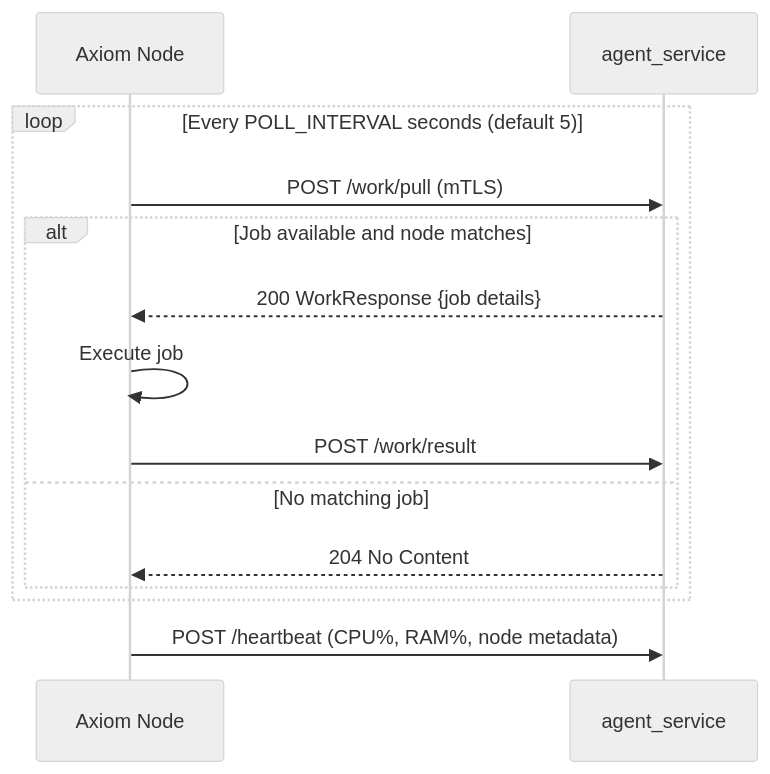
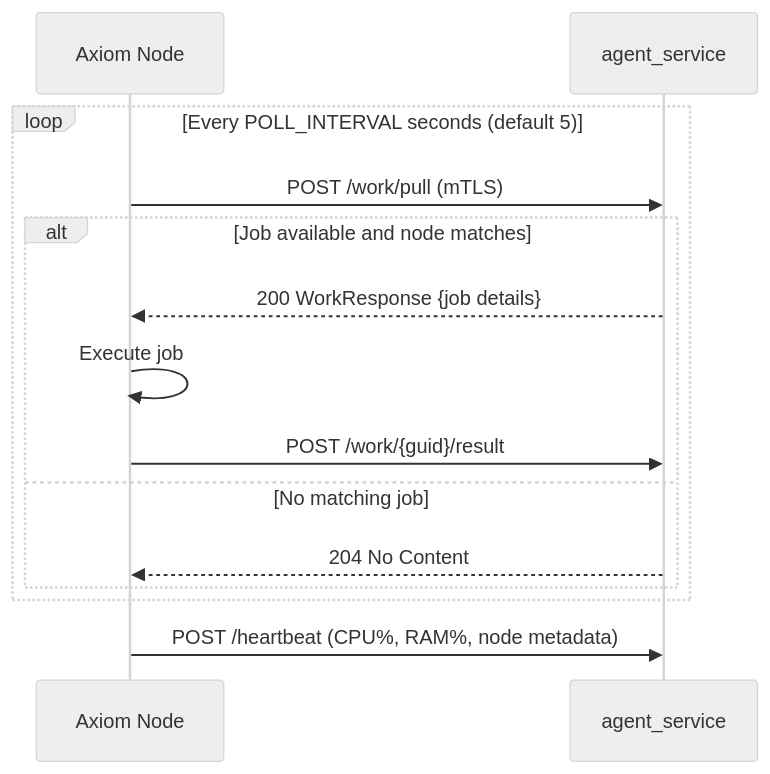
Before and after one commit to axiom-laboratories/axiom: the seventh of 7 diagrams in docs/docs/developer/architecture.md, drawn with Mermaid (neutral theme). The commit also changed other lines of this file and 4 other files, not shown here.

````diff
--- a/docs/docs/developer/architecture.md
+++ b/docs/docs/developer/architecture.md
@@ -527,17 +527,17 @@
 ```mermaid
 sequenceDiagram
     participant N as Axiom Node
     participant A as agent_service
 
     loop Every POLL_INTERVAL seconds (default 5)
         N->>A: POST /work/pull (mTLS)
         alt Job available and node matches
             A-->>N: 200 WorkResponse {job details}
             N->>N: Execute job
-            N->>A: POST /work/result
+            N->>A: POST /work/{guid}/result
         else No matching job
             A-->>N: 204 No Content
         end
     end
     N->>A: POST /heartbeat (CPU%, RAM%, node metadata)
 ```
````
